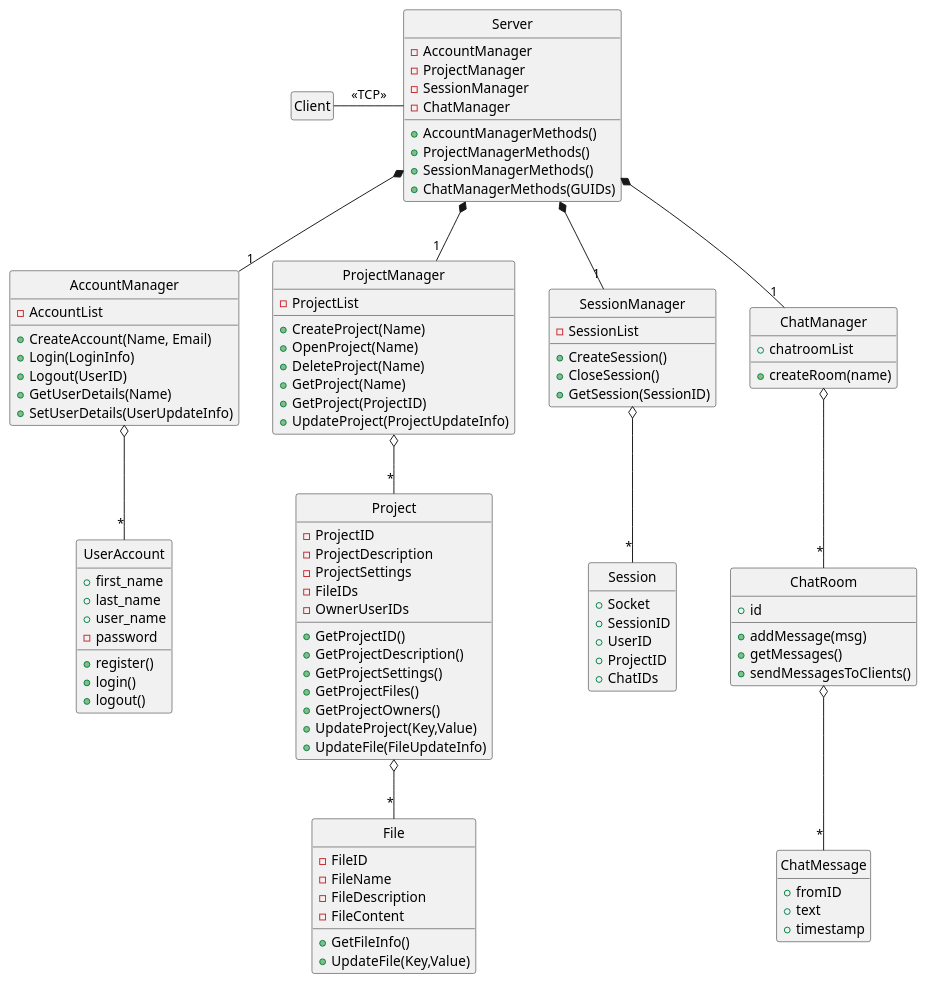
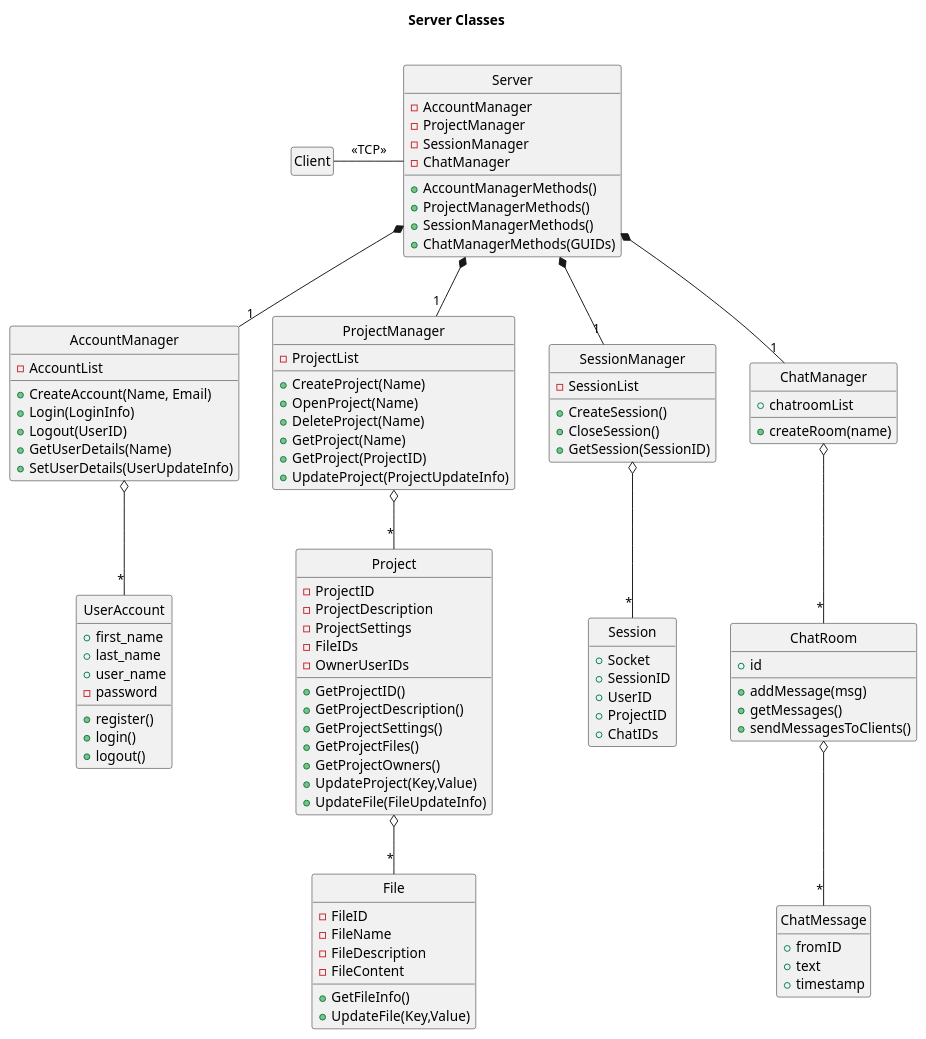
One commit to voxelv/sQuire_kw changed the diagram in hw3/server_detail.pu. Above: the diagram before and after it, drawn with PlantUML. The commit also changed 1 other file, not shown here.

Commit message:
added server classes title

```diff
--- a/hw3/server_detail.pu
+++ b/hw3/server_detail.pu
@@ -1,109 +1,111 @@
 @startuml
 hide circle
 hide empty members
+
+Title <b>Server Classes</b>\n
 
 class "Client" as sq 
 class "Server" as sqs{
 	-AccountManager
 	-ProjectManager
 	-SessionManager
 	-ChatManager
 	+AccountManagerMethods()
 	+ProjectManagerMethods()
 	+SessionManagerMethods()
 	+ChatManagerMethods(GUIDs)
 	}
 	class "AccountManager" as sqs_ua_m{
 		-AccountList
 		+CreateAccount(Name, Email)
 		+Login(LoginInfo)
 		+Logout(UserID)
 		+GetUserDetails(Name)
 		+SetUserDetails(UserUpdateInfo)
 		}
 		class "UserAccount" as sqs_ua {
 			+first_name
 			+last_name
 			+user_name
 			-password
 			+register()
 			+login()
 			+logout()
 			}
 	class "ProjectManager" as sqs_pr_m{
 		-ProjectList
 		+CreateProject(Name)
 		+OpenProject(Name)
 		+DeleteProject(Name)
 		+GetProject(Name)
 		+GetProject(ProjectID)
 		+UpdateProject(ProjectUpdateInfo)
 		}
 		class "Project" as sqs_pr{
 			-ProjectID
 			-ProjectDescription
 			-ProjectSettings
 			-FileIDs
 			-OwnerUserIDs
 			+GetProjectID()
 			+GetProjectDescription()
 			+GetProjectSettings()
 			+GetProjectFiles()
 			+GetProjectOwners()
 			+UpdateProject(Key,Value)
 			+UpdateFile(FileUpdateInfo)
 			}
 			class "File" as sqs_fi{
 				-FileID
 				-FileName
 				-FileDescription
 				-FileContent
 				+GetFileInfo()
 				+UpdateFile(Key,Value)
 				}
 	class "SessionManager" as sqs_se_m{
 		-SessionList
 		+CreateSession()
 		+CloseSession()
 		+GetSession(SessionID)
 		}
 		class "Session" as sqs_se{
 			+Socket
 			+SessionID
 			+UserID
 			+ProjectID
 			+ChatIDs
 			}
 	class "ChatManager" as sqs_ch_m{
 		+chatroomList
 		+createRoom(name)
 		}
 		class "ChatRoom" as sqs_ch {
 			+id
 			+addMessage(msg)
 			+getMessages()
 			+sendMessagesToClients()
 			}
 			class "ChatMessage" as sqs_ch_mes{
 				+fromID
 				+text
 				+timestamp
 				}
 
 
 sq -right- sqs : <<TCP>>
 
 	sqs *-- "1" sqs_pr_m 
 		sqs_pr_m o-- "*" sqs_pr 
 			sqs_pr o-- "*" sqs_fi 
 	sqs *-- "1" sqs_ua_m 
 		sqs_ua_m o-- "*" sqs_ua  
 	sqs *-- "1" sqs_ch_m 
 		sqs_ch_m o-- "*" sqs_ch 
 			sqs_ch o-- "*" sqs_ch_mes
 	sqs *-- "1" sqs_se_m 
 		sqs_se_m o-- "*" sqs_se
 
 
 
 @enduml
```
